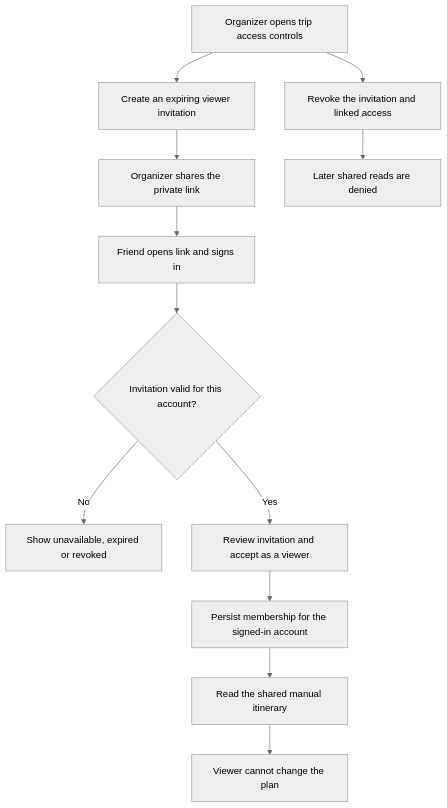
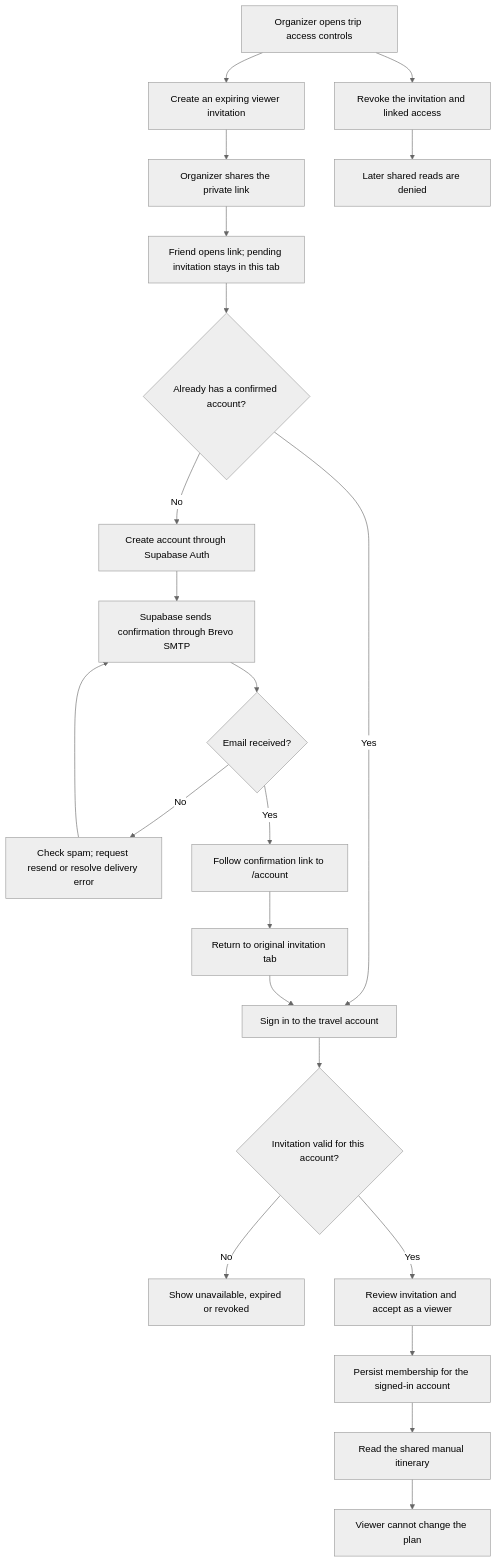
Before and after one commit to eddieyang-97/trip-planning-engine: the fourth of 5 diagrams in docs/user-flows.md, drawn with Mermaid (neutral theme). The commit also changed other lines of this file and 7 other files, not shown here.

Commit message:
docs: reflect Brevo auth email integration and delivery status

````diff
--- a/docs/user-flows.md
+++ b/docs/user-flows.md
@@ -80,14 +80,24 @@
 ```mermaid
 flowchart TB
     Owner[Organizer opens trip access controls] --> Invite[Create an expiring viewer invitation]
     Invite --> Share[Organizer shares the private link]
-    Share --> Friend[Friend opens link and signs in]
-    Friend --> Valid{Invitation valid for this account?}
+    Share --> Friend[Friend opens link; pending invitation stays in this tab]
+    Friend --> Account{Already has a confirmed account?}
+    Account -->|Yes| SignIn[Sign in to the travel account]
+    Account -->|No| SignUp[Create account through Supabase Auth]
+    SignUp --> Email[Supabase sends confirmation through Brevo SMTP]
+    Email --> Delivery{Email received?}
+    Delivery -->|No| Retry[Check spam; request resend or resolve delivery error]
+    Retry --> Email
+    Delivery -->|Yes| Confirm[Follow confirmation link to /account]
+    Confirm --> Return[Return to original invitation tab]
+    Return --> SignIn
+    SignIn --> Valid{Invitation valid for this account?}
     Valid -->|No| Unavailable[Show unavailable, expired or revoked]
     Valid -->|Yes| Join[Review invitation and accept as a viewer]
     Join --> Member[Persist membership for the signed-in account]
     Member --> View[Read the shared manual itinerary]
     View --> ReadOnly[Viewer cannot change the plan]
     Owner --> Revoke[Revoke the invitation and linked access]
     Revoke --> Block[Later shared reads are denied]
 ```
````
